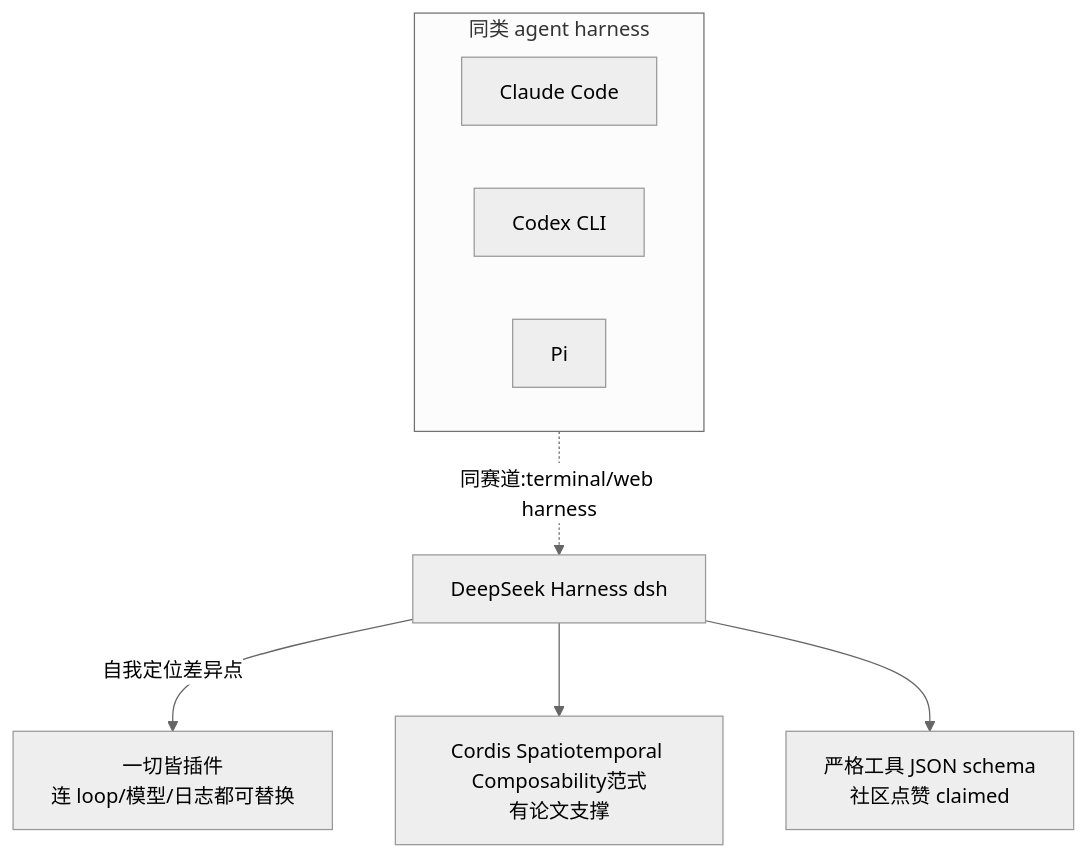
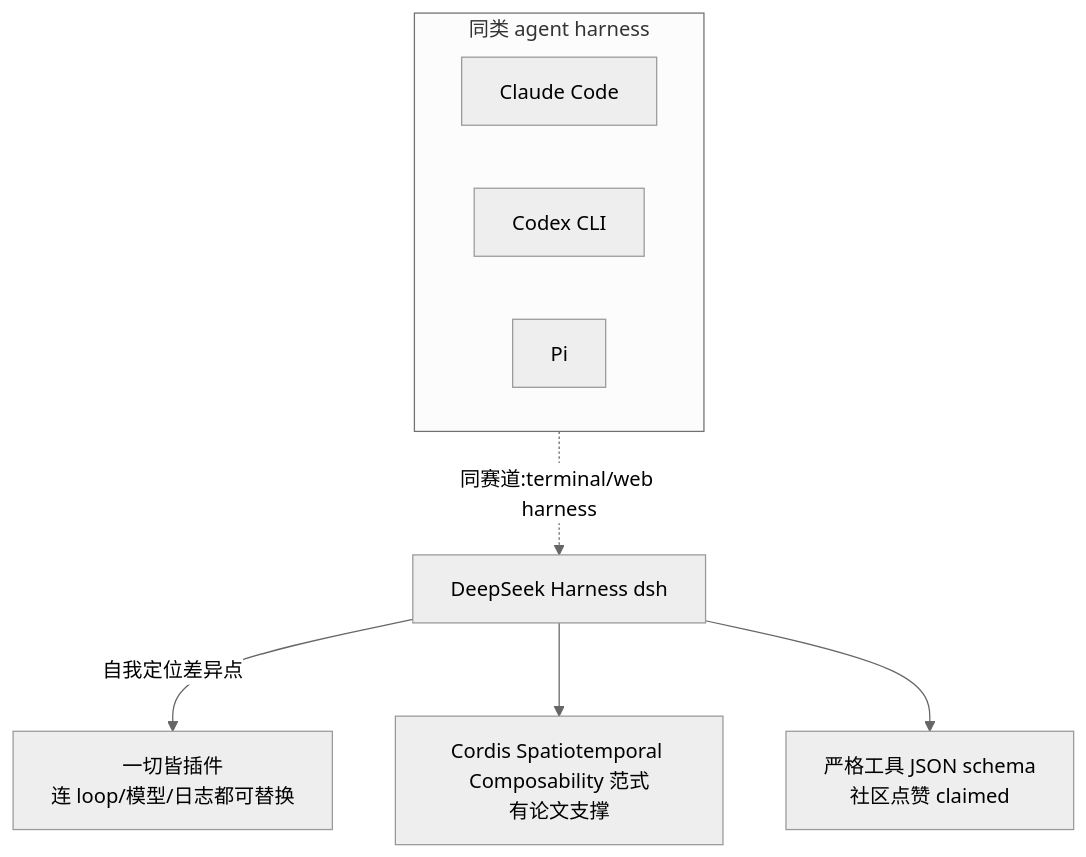
The third of 4 diagrams in Part I Principles and Usage/01-定位与预览.md (xiaonancs/deepseek-harness-deep-dive), drawn with Mermaid before and after one commit. The commit also changed other lines of this file and 21 other files, not shown here.

Commit message:
Polish prose against paper PDF; fix Ch23 section/figure numbers and 总纲 part list

````diff
--- a/Part I Principles and Usage/01-定位与预览.md
+++ b/Part I Principles and Usage/01-定位与预览.md
@@ -104,14 +104,14 @@
 ```mermaid
 %%{init: {'theme':'neutral'}}%%
 flowchart TB
   subgraph Peers[同类 agent harness]
     CC[Claude Code]
     CX[Codex CLI]
     Pi[Pi]
   end
   DSH["DeepSeek Harness dsh"]
   DSH -->|自我定位差异点| K1["一切皆插件<br/>连 loop/模型/日志都可替换"]
-  DSH --> K2["Cordis Spatiotemporal Composability范式<br/>有论文支撑"]
+  DSH --> K2["Cordis Spatiotemporal Composability 范式<br/>有论文支撑"]
   DSH --> K3["严格工具 JSON schema<br/>社区点赞 claimed"]
   Peers -.同赛道:terminal/web harness.-> DSH
 ```
````
